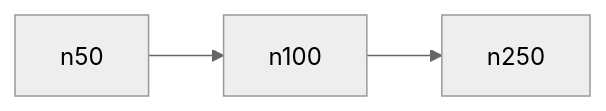
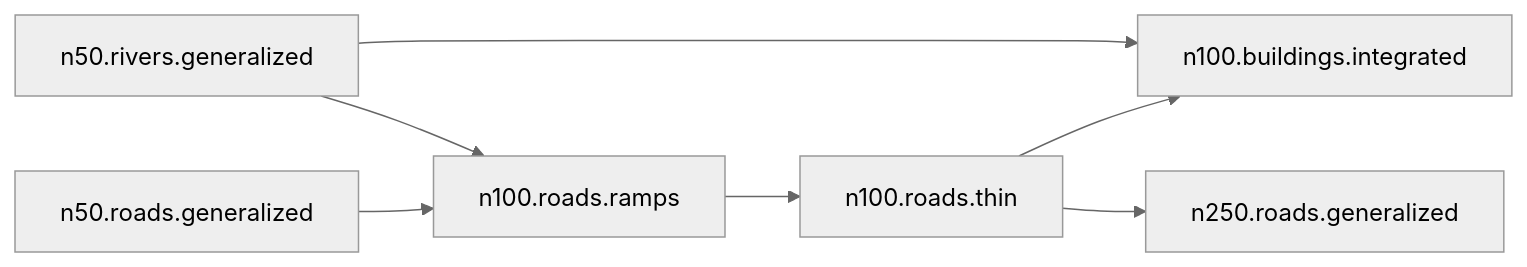
The first of 2 diagrams in temp_skip_folder/core/dag/dependencies_diagram.md (kartverket/automatisk-generalisering), drawn with Mermaid (neutral theme) before and after one commit. The commit also changed other lines of this file and 6 other files, not shown here.

````diff
--- a/temp_skip_folder/core/dag/dependencies_diagram.md
+++ b/temp_skip_folder/core/dag/dependencies_diagram.md
@@ -7,8 +8,15 @@
 ```mermaid
 flowchart LR
-  n100["n100"]
-  n250["n250"]
-  n50["n50"]
-  n50 --> n100
-  n100 --> n250
+  n100_buildings_integrated["n100.buildings.integrated"]
+  n100_roads_ramps["n100.roads.ramps"]
+  n100_roads_thin["n100.roads.thin"]
+  n250_roads_generalized["n250.roads.generalized"]
+  n50_rivers_generalized["n50.rivers.generalized"]
+  n50_roads_generalized["n50.roads.generalized"]
+  n100_roads_thin --> n100_buildings_integrated
+  n50_rivers_generalized --> n100_buildings_integrated
+  n50_rivers_generalized --> n100_roads_ramps
+  n50_roads_generalized --> n100_roads_ramps
+  n100_roads_ramps --> n100_roads_thin
+  n100_roads_thin --> n250_roads_generalized
 ```
````
